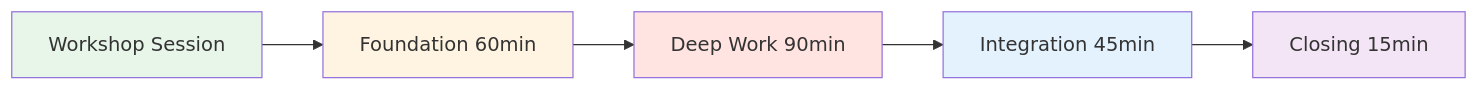
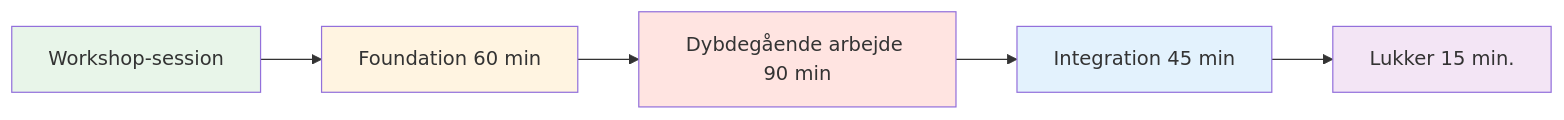
The first of 4 diagrams in docs/da/workshop.md (patwii/petanque-academy), drawn with Mermaid before and after one commit. The commit also changed other lines of this file and 532 other files, not shown here.

````diff
--- a/docs/da/workshop.md
+++ b/docs/da/workshop.md
@@ -13,13 +49,13 @@
 ```mermaid
 graph LR
-    A[Workshop Session] --> B[Foundation 60min]
-    B --> C[Deep Work 90min]
-    C --> D[Integration 45min]
-    D --> E[Closing 15min]
+    A[Workshop-session] --> B[Foundation 60 min]
+    B --> C[Dybdegående arbejde 90 min]
+    C --> D[Integration 45 min]
+    D --> E[Lukker 15 min.]
 
     style A fill:#e8f5e9
     style B fill:#fff4e1
     style C fill:#ffe4e1
     style D fill:#e3f2fd
     style E fill:#f3e5f5
 ```
````
